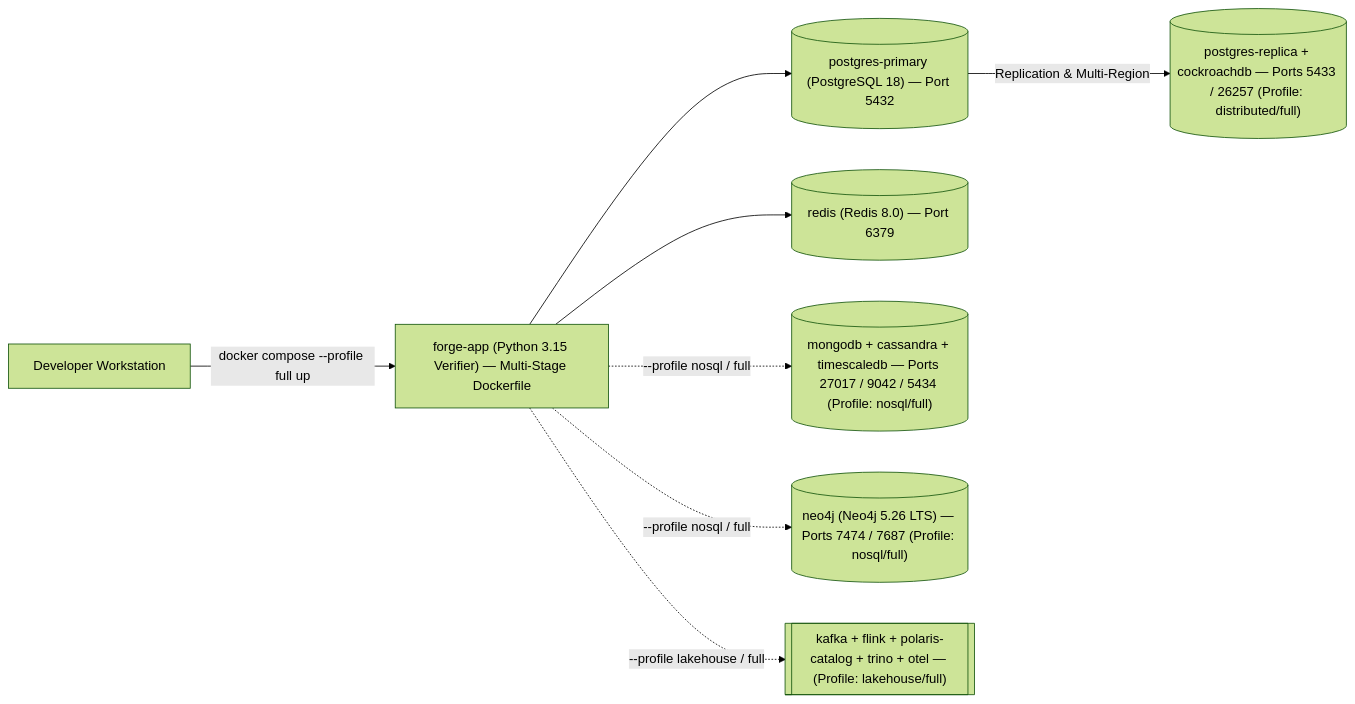
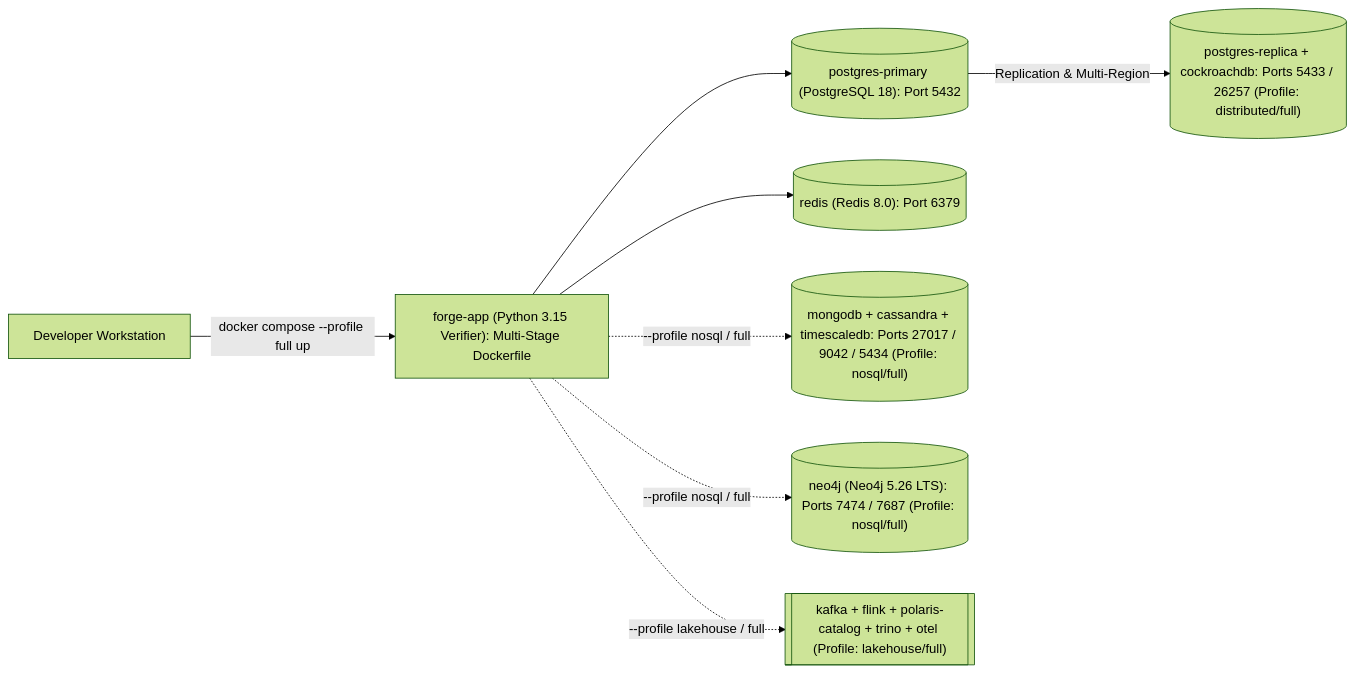
One commit to D0nG4667/gpmorgan-forge-de-portfolio changed the diagram in docs/DEVELOPER_ONBOARDING.md. Above: the diagram before and after it, drawn with Mermaid (forest theme). The commit also changed other lines of this file and 5 other files, not shown here.

````diff
--- a/docs/DEVELOPER_ONBOARDING.md
+++ b/docs/DEVELOPER_ONBOARDING.md
@@ -68,19 +68,19 @@
 ```mermaid
 flowchart LR
     DEV["Developer Workstation"]
-    APP["forge-app (Python 3.15 Verifier) — Multi-Stage Dockerfile"]
-    PG1[("postgres-primary (PostgreSQL 18) — Port 5432")]
-    PG2[("postgres-replica + cockroachdb — Ports 5433 / 26257 (Profile: distributed/full)")]
-    REDIS[("redis (Redis 8.0) — Port 6379")]
-    MONGO[("mongodb + cassandra + timescaledb — Ports 27017 / 9042 / 5434 (Profile: nosql/full)")]
-    NEO[("neo4j (Neo4j 5.26 LTS) — Ports 7474 / 7687 (Profile: nosql/full)")]
-    LAKE[["kafka + flink + polaris-catalog + trino + otel — (Profile: lakehouse/full)"]]
+    APP["forge-app (Python 3.15 Verifier): Multi-Stage Dockerfile"]
+    PG1[("postgres-primary (PostgreSQL 18): Port 5432")]
+    PG2[("postgres-replica + cockroachdb: Ports 5433 / 26257 (Profile: distributed/full)")]
+    REDIS[("redis (Redis 8.0): Port 6379")]
+    MONGO[("mongodb + cassandra + timescaledb: Ports 27017 / 9042 / 5434 (Profile: nosql/full)")]
+    NEO[("neo4j (Neo4j 5.26 LTS): Ports 7474 / 7687 (Profile: nosql/full)")]
+    LAKE[["kafka + flink + polaris-catalog + trino + otel (Profile: lakehouse/full)"]]
 
     DEV -->|"docker compose --profile full up"| APP
     APP --> PG1
     PG1 -->|"Replication & Multi-Region"| PG2
     APP --> REDIS
     APP -.->|"--profile nosql / full"| MONGO
     APP -.->|"--profile nosql / full"| NEO
     APP -.->|"--profile lakehouse / full"| LAKE
 ```
````
